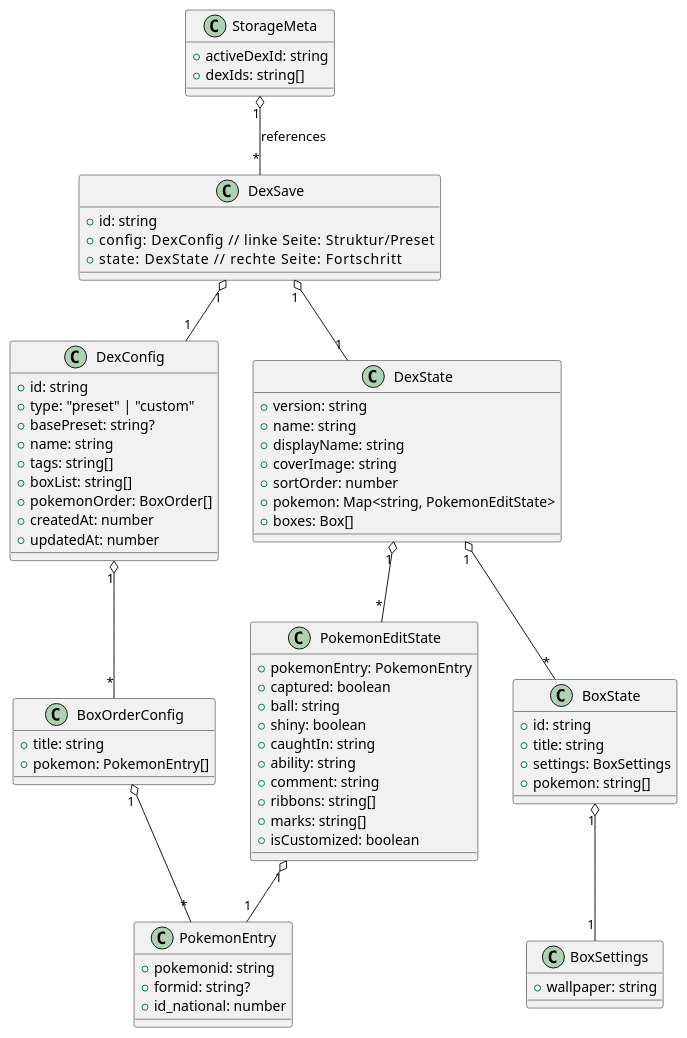
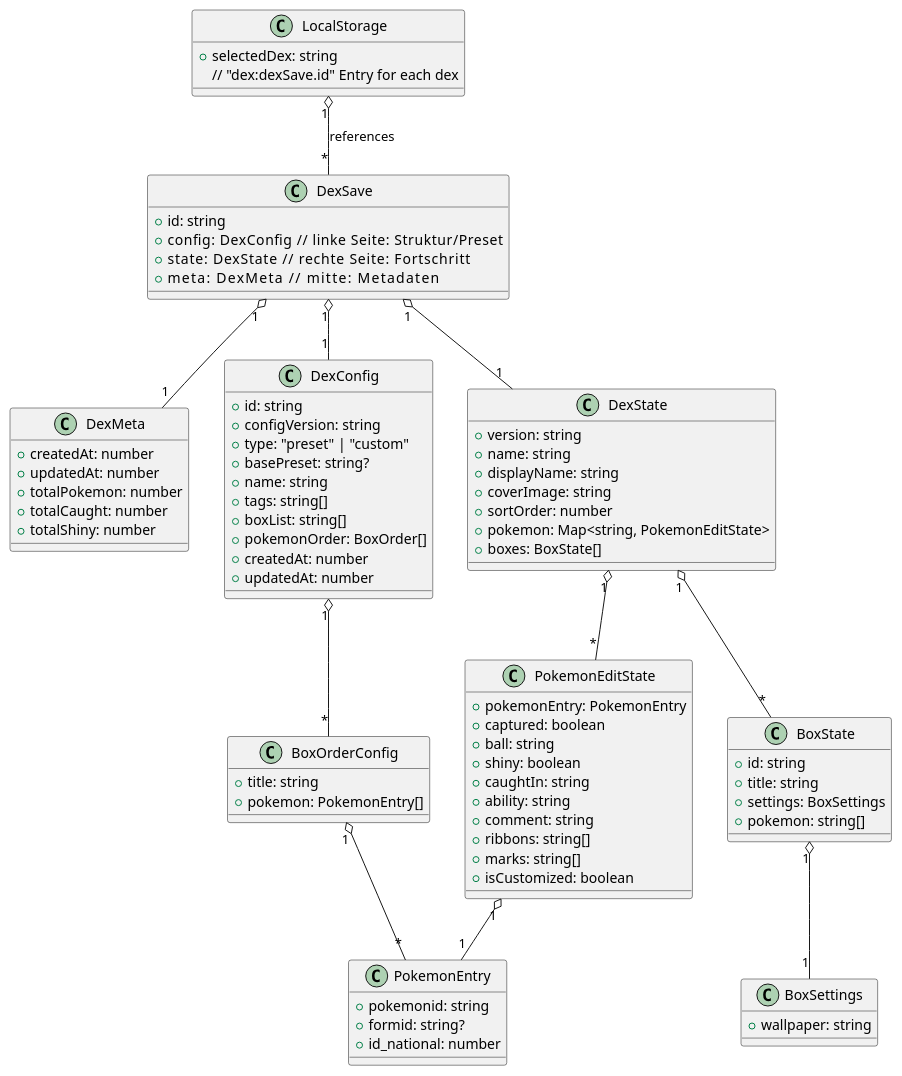
One commit to 777555777/pk-box-manager changed the diagram in docs/data-model.puml. Above: the diagram before and after it, drawn with PlantUML. The commit also changed 17 other files, not shown here.

```diff
--- a/docs/data-model.puml
+++ b/docs/data-model.puml
@@ -1,82 +1,96 @@
 @startuml
-class StorageMeta {
-  +activeDexId: string
-  +dexIds: string[]
+class LocalStorage {
+  +selectedDex: string
+  // "dex:dexSave.id" Entry for each dex
 }
 
 class DexSave {
   +id: string
   +config: DexConfig        // linke Seite: Struktur/Preset
   +state: DexState          // rechte Seite: Fortschritt
+  +meta: DexMeta            // mitte: Metadaten 
 }
+
+' ---- Mitte: Metadaten ----
+
+class DexMeta {
+  +createdAt: number
+	+updatedAt: number
+	+totalPokemon: number
+	+totalCaught: number
+	+totalShiny: number
+}
+
 
 ' ---- Linke Seite: Struktur des Pokedex ----
 class DexConfig {
   +id: string
+  +configVersion: string
   +type: "preset" | "custom"
   +basePreset: string?
   +name: string
   +tags: string[]
   +boxList: string[]
   +pokemonOrder: BoxOrder[]
   +createdAt: number
   +updatedAt: number
 }
 
 class BoxOrderConfig {
   +title: string
   +pokemon: PokemonEntry[]
 }
 
 class PokemonEntry {
   +pokemonid: string
   +formid: string?
   +id_national: number
 }
 
 ' ---- Rechte Seite: User State ----
 class DexState {
   +version: string
   +name: string
   +displayName: string
   +coverImage: string
   +sortOrder: number
   +pokemon: Map<string, PokemonEditState>
-  +boxes: Box[]
+  +boxes: BoxState[]
 }
 
 class PokemonEditState {
   +pokemonEntry: PokemonEntry
   +captured: boolean
   +ball: string
   +shiny: boolean
   +caughtIn: string
   +ability: string
   +comment: string
   +ribbons: string[]
   +marks: string[]
   +isCustomized: boolean
 }
 
 class BoxState {
   +id: string
   +title: string
   +settings: BoxSettings
   +pokemon: string[]
 }
 
 class BoxSettings {
   +wallpaper: string
 }
 
 ' ---- Beziehungen ----
-StorageMeta "1" o-- "*" DexSave : references
+LocalStorage "1" o-- "*" DexSave : references
 DexSave "1" o-- "1" DexConfig
+DexSave "1" o-- "1" DexMeta
 DexSave "1" o-- "1" DexState
 DexConfig "1" o-- "*" BoxOrderConfig
 BoxOrderConfig "1" o-- "*" PokemonEntry
 DexState "1" o-- "*" PokemonEditState
 DexState "1" o-- "*" BoxState
 BoxState "1" o-- "1" BoxSettings
 PokemonEditState "1" o-- "1" PokemonEntry
 @enduml
```
